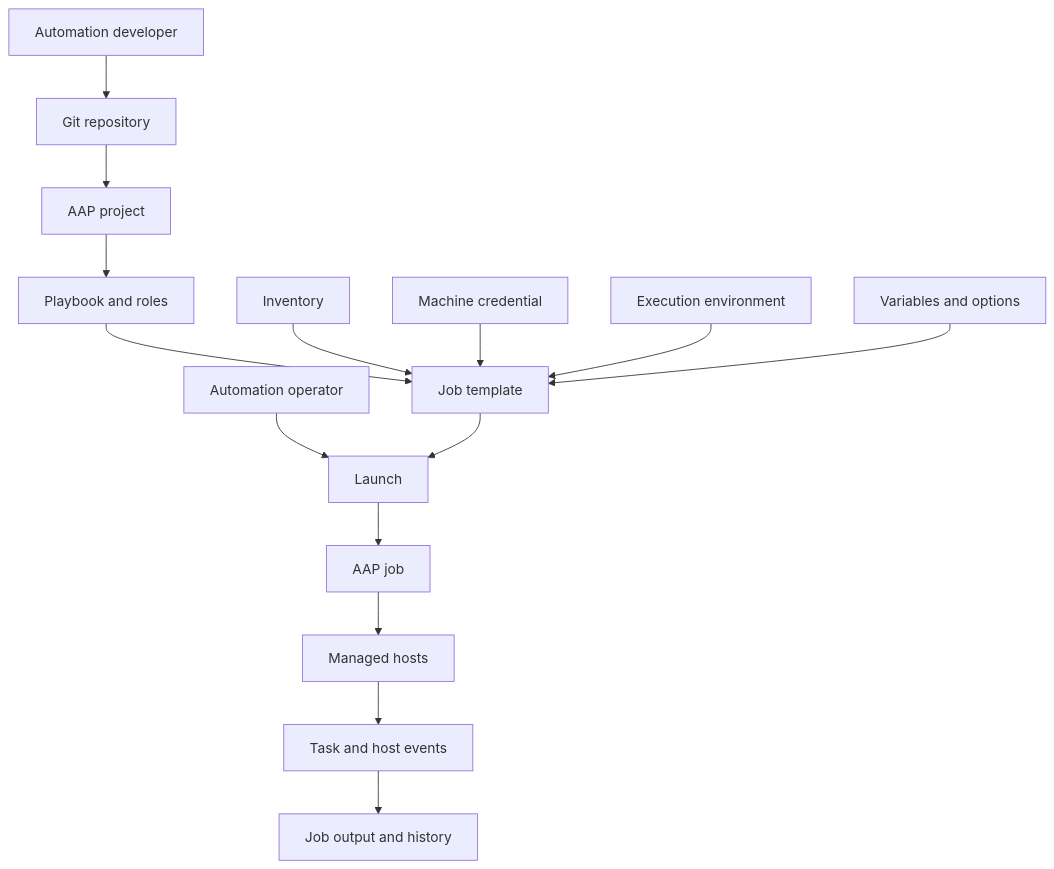
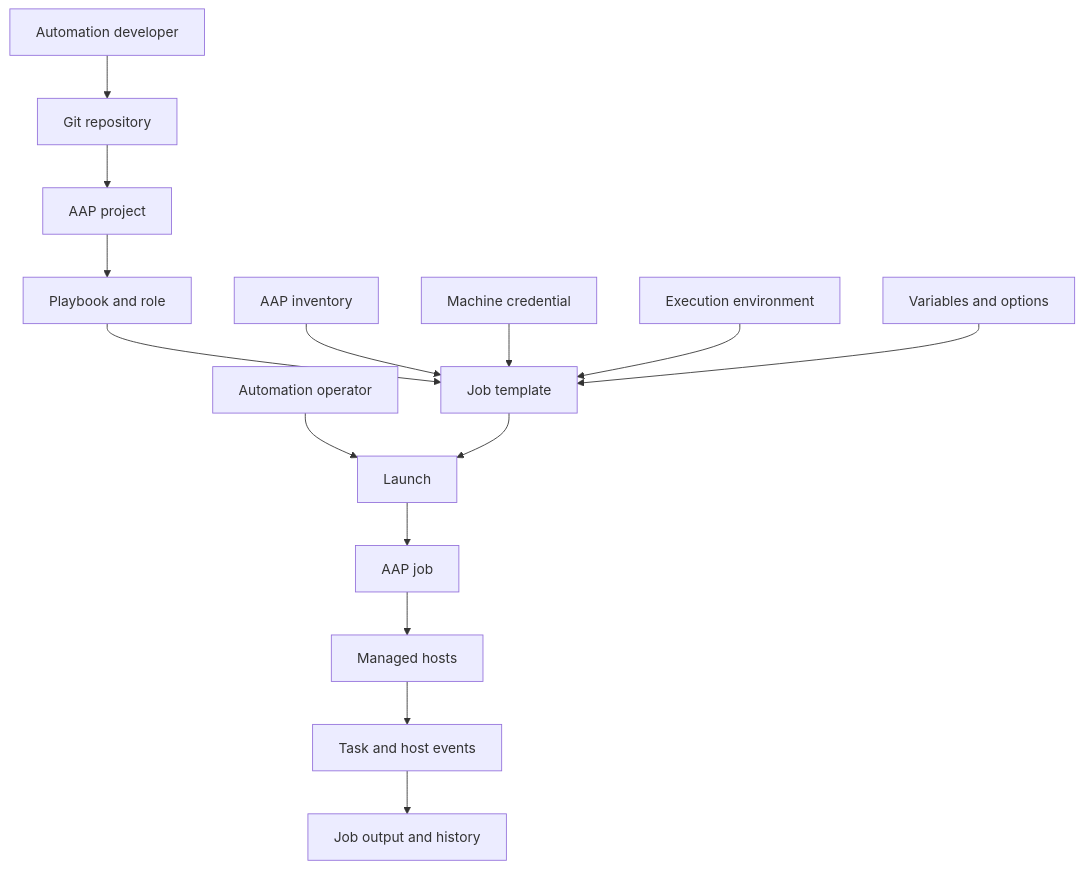
The first of 3 diagrams in module07/aap-workflow.md (Ansible-workshop-ch/bootcamp), drawn with Mermaid before and after one commit. The commit also changed other lines of this file, not shown here.

````diff
--- a/module07/aap-workflow.md
+++ b/module07/aap-workflow.md
@@ -300,20 +383,20 @@
 ```mermaid
 flowchart TD
     DEV[Automation developer] --> GIT[Git repository]
     GIT --> PROJECT[AAP project]
-    PROJECT --> PLAYBOOK[Playbook and roles]
+    PROJECT --> PLAYBOOK[Playbook and role]
 
     PLAYBOOK --> TEMPLATE[Job template]
-    INVENTORY[Inventory] --> TEMPLATE
+    INVENTORY[AAP inventory] --> TEMPLATE
     CREDENTIAL[Machine credential] --> TEMPLATE
     EE[Execution environment] --> TEMPLATE
     OPTIONS[Variables and options] --> TEMPLATE
 
     OPERATOR[Automation operator] --> LAUNCH[Launch]
     TEMPLATE --> LAUNCH
     LAUNCH --> JOB[AAP job]
 
     JOB --> HOSTS[Managed hosts]
     HOSTS --> EVENTS[Task and host events]
     EVENTS --> OUTPUT[Job output and history]
 ```
````
